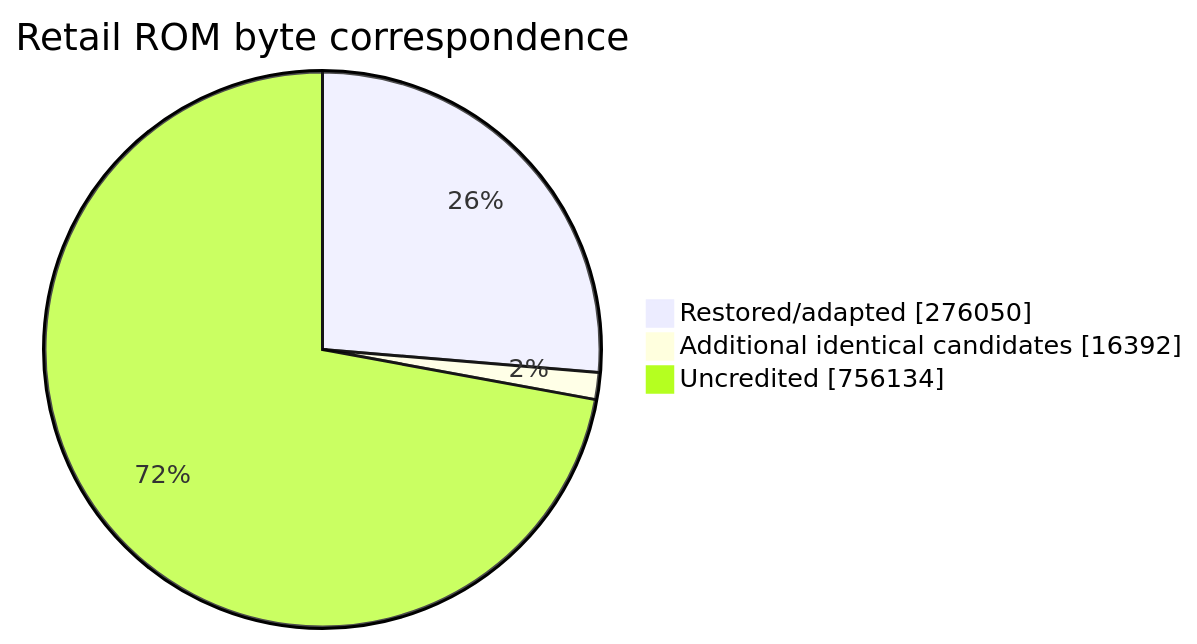
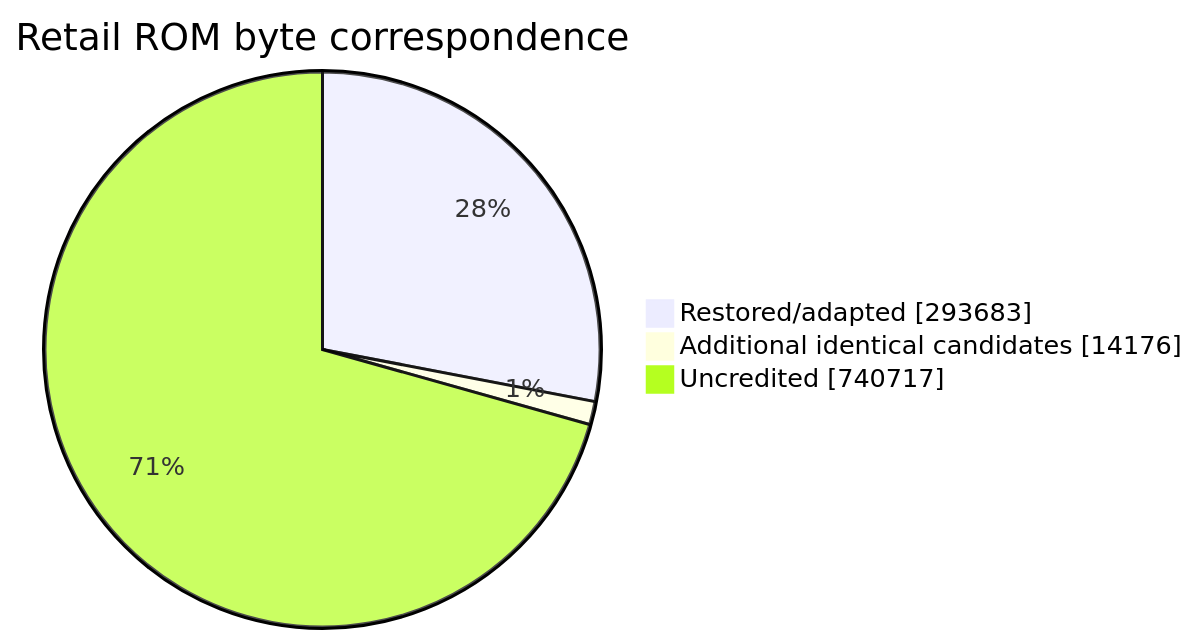
The second of 2 diagrams in readme.md (NachtRaveVL/stuntracefx), drawn with Mermaid before and after one commit. The commit also changed other lines of this file and 37 other files, not shown here.

````diff
--- a/readme.md
+++ b/readme.md
@@ -110,7 +110,7 @@
 ```mermaid
 pie showData
     title Retail ROM byte correspondence
-    "Restored/adapted" : 276050
-    "Additional identical candidates" : 16392
-    "Uncredited" : 756134
+    "Restored/adapted" : 293683
+    "Additional identical candidates" : 14176
+    "Uncredited" : 740717
 ```
````
